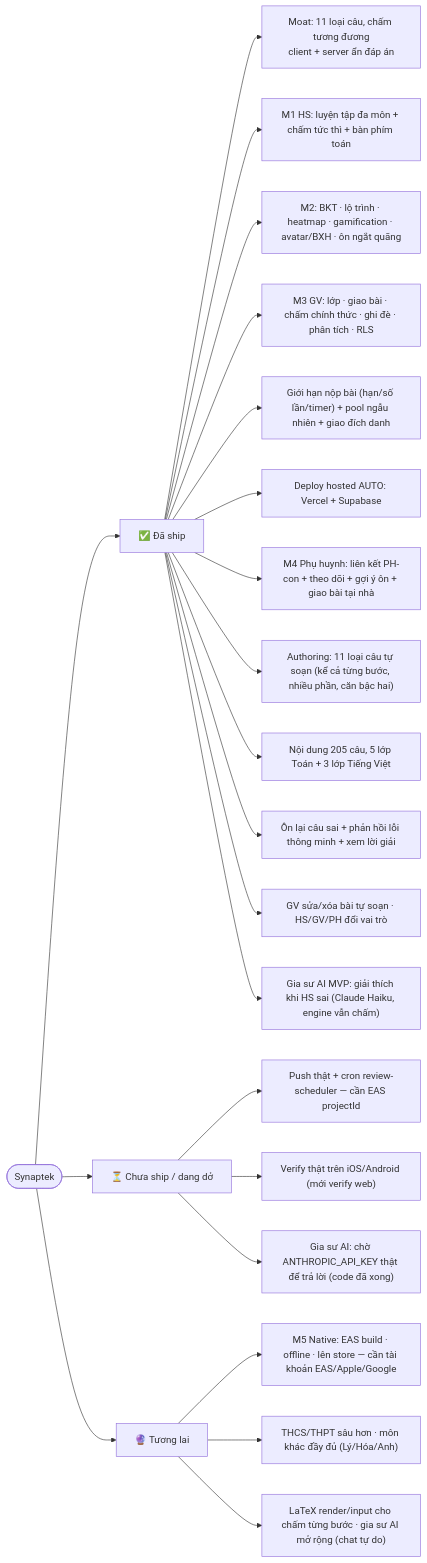
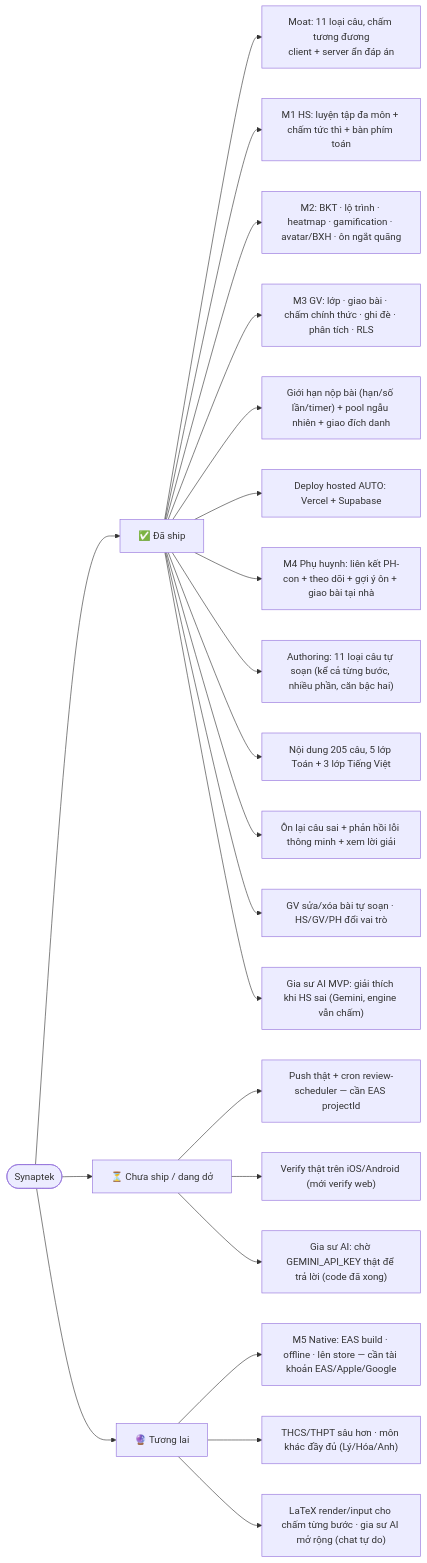
One commit to hoanghainh1188/synaptek changed the second of 2 diagrams in docs/FEATURE-MAP.md. Above: the diagram before and after it, drawn with Mermaid. The commit also changed other lines of this file and 7 other files, not shown here.

First line of the commit message:
fix(ai): đổi provider gia sư AI sang Gemini (theo yêu cầu, D46) (#75)

````diff
--- a/docs/FEATURE-MAP.md
+++ b/docs/FEATURE-MAP.md
@@ -56,28 +56,28 @@
 ```mermaid
 flowchart LR
   S([Synaptek])
   S --> SHIPPED["✅ Đã ship"]
   S --> WIP["⏳ Chưa ship / dang dở"]
   S --> FUTURE["🔮 Tương lai"]
 
   SHIPPED --> A1["Moat: 11 loại câu, chấm tương đương<br/>client + server ẩn đáp án"]
   SHIPPED --> A2["M1 HS: luyện tập đa môn + chấm tức thì + bàn phím toán"]
   SHIPPED --> A3["M2: BKT · lộ trình · heatmap · gamification · avatar/BXH · ôn ngắt quãng"]
   SHIPPED --> A4["M3 GV: lớp · giao bài · chấm chính thức · ghi đè · phân tích · RLS"]
   SHIPPED --> A5["Giới hạn nộp bài (hạn/số lần/timer) + pool ngẫu nhiên + giao đích danh"]
   SHIPPED --> A6["Deploy hosted AUTO: Vercel + Supabase"]
   SHIPPED --> A7["M4 Phụ huynh: liên kết PH-con + theo dõi + gợi ý ôn + giao bài tại nhà"]
   SHIPPED --> A8["Authoring: 11 loại câu tự soạn (kể cả từng bước, nhiều phần, căn bậc hai)"]
   SHIPPED --> A9["Nội dung 205 câu, 5 lớp Toán + 3 lớp Tiếng Việt"]
   SHIPPED --> A10["Ôn lại câu sai + phản hồi lỗi thông minh + xem lời giải"]
   SHIPPED --> A11["GV sửa/xóa bài tự soạn · HS/GV/PH đổi vai trò"]
-  SHIPPED --> A12["Gia sư AI MVP: giải thích khi HS sai (Claude Haiku, engine vẫn chấm)"]
+  SHIPPED --> A12["Gia sư AI MVP: giải thích khi HS sai (Gemini, engine vẫn chấm)"]
 
   WIP --> B1["Push thật + cron review-scheduler — cần EAS projectId"]
   WIP --> B2["Verify thật trên iOS/Android (mới verify web)"]
-  WIP --> B3["Gia sư AI: chờ ANTHROPIC_API_KEY thật để trả lời (code đã xong)"]
+  WIP --> B3["Gia sư AI: chờ GEMINI_API_KEY thật để trả lời (code đã xong)"]
 
   FUTURE --> C1["M5 Native: EAS build · offline · lên store — cần tài khoản EAS/Apple/Google"]
   FUTURE --> C2["THCS/THPT sâu hơn · môn khác đầy đủ (Lý/Hóa/Anh)"]
   FUTURE --> C3["LaTeX render/input cho chấm từng bước · gia sư AI mở rộng (chat tự do)"]
 ```
````
